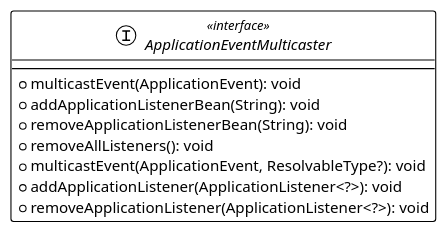
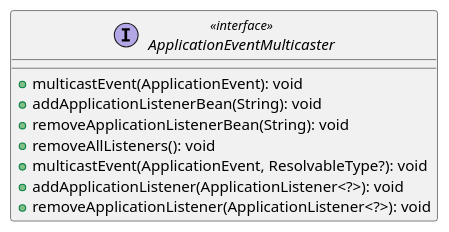
One commit to fdrama/fdrama.GitHub.io changed the fourth of 5 diagrams in source/_posts/observer.md. Above: the diagram before and after it, drawn with PlantUML. The commit also changed other lines of this file and 3 other files, not shown here.

````diff
--- a/source/_posts/observer.md
+++ b/source/_posts/observer.md
@@ -375,20 +350,19 @@
 ```puml
 @startuml
 
-!theme plain
+
 top to bottom direction
-skinparam linetype ortho
 
 interface ApplicationEventMulticaster << interface >> {
   + multicastEvent(ApplicationEvent): void
   + addApplicationListenerBean(String): void
   + removeApplicationListenerBean(String): void
   + removeAllListeners(): void
   + multicastEvent(ApplicationEvent, ResolvableType?): void
   + addApplicationListener(ApplicationListener<?>): void
   + removeApplicationListener(ApplicationListener<?>): void
 }
 
 @enduml
 
 ```
````
